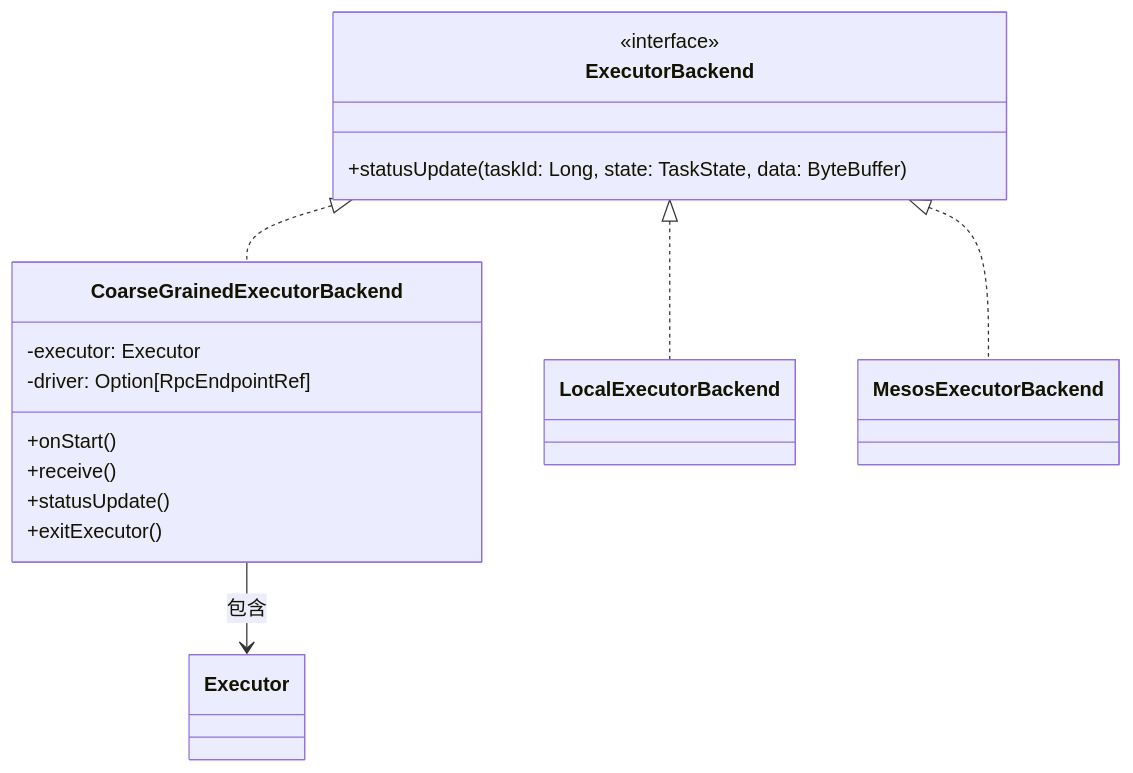
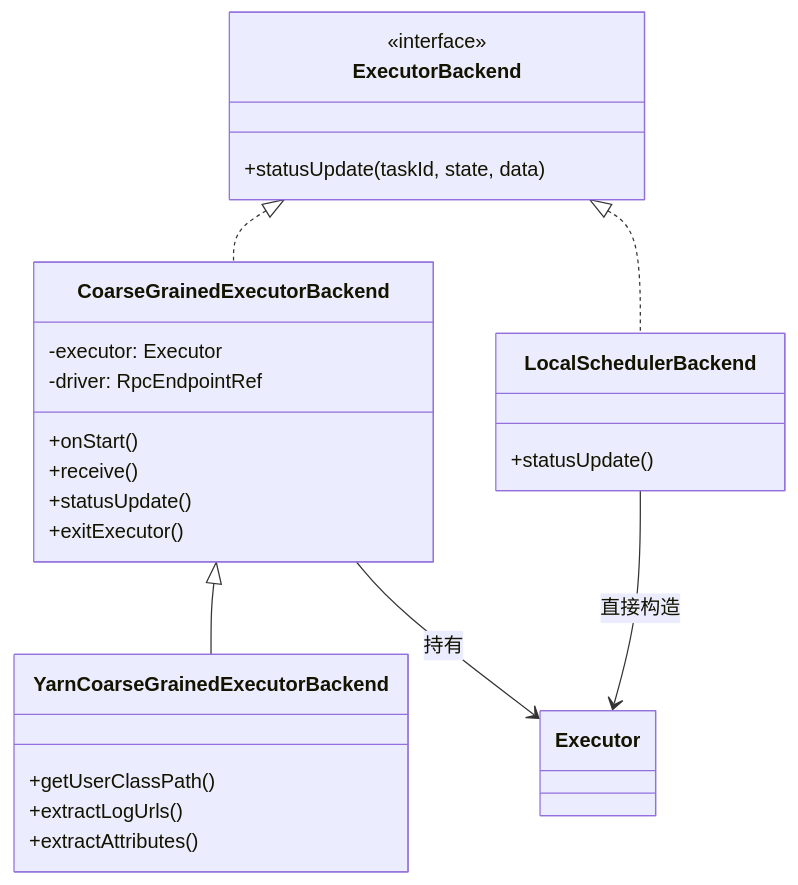
The first of 5 diagrams in content/大数据/Spark/读书笔记-spark内核/02_系统架构与运行机制/3. Spark_ExecutorBackend_启动原理.md (hpliStartAgain/my-brain), drawn with Mermaid before and after one commit. The commit also changed other lines of this file and 259 other files, not shown here.

````diff
--- a/content/大数据/Spark/读书笔记-spark内核/02_系统架构与运行机制/3. Spark_ExecutorBackend_启动原理.md
+++ b/content/大数据/Spark/读书笔记-spark内核/02_系统架构与运行机制/3. Spark_ExecutorBackend_启动原理.md
@@ -46,25 +45,29 @@
 ```mermaid
+%%{init: {'theme': 'dracula'}}%%
 classDiagram
     class ExecutorBackend {
         <<interface>>
-        +statusUpdate(taskId: Long, state: TaskState, data: ByteBuffer)
+        +statusUpdate(taskId, state, data)
     }
-    
     class CoarseGrainedExecutorBackend {
         -executor: Executor
-        -driver: Option[RpcEndpointRef]
+        -driver: RpcEndpointRef
         +onStart()
         +receive()
         +statusUpdate()
         +exitExecutor()
     }
-    
-    class LocalExecutorBackend
-    class MesosExecutorBackend
-    
+    class YarnCoarseGrainedExecutorBackend {
+        +getUserClassPath()
+        +extractLogUrls()
+        +extractAttributes()
+    }
+    class LocalSchedulerBackend {
+        +statusUpdate()
+    }
     ExecutorBackend <|.. CoarseGrainedExecutorBackend
-    ExecutorBackend <|.. LocalExecutorBackend
-    ExecutorBackend <|.. MesosExecutorBackend
-    
-    CoarseGrainedExecutorBackend --> Executor : 包含
+    ExecutorBackend <|.. LocalSchedulerBackend
+    CoarseGrainedExecutorBackend <|-- YarnCoarseGrainedExecutorBackend
+    CoarseGrainedExecutorBackend --> Executor : 持有
+    LocalSchedulerBackend --> Executor : 直接构造
 ```
````
